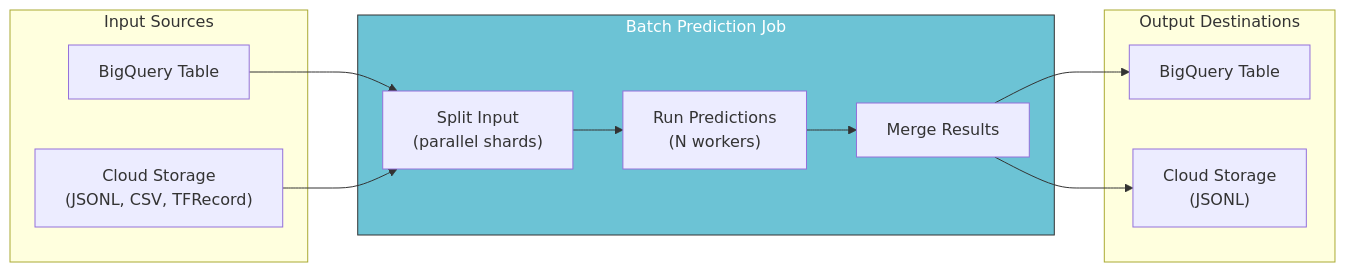
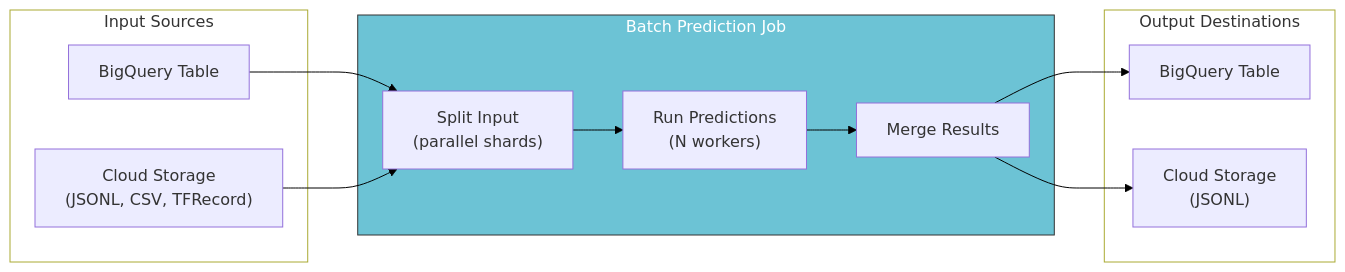
Before and after one commit to tanquangduong/tanquangduong.github.io: the fourth of 10 diagrams in posts/aiops-interview/MLOps-Interview-QA-3.qmd, drawn with Mermaid. The commit also changed other lines of this file and 204 other files, not shown here.

````diff
--- a/posts/aiops-interview/MLOps-Interview-QA-3.qmd
+++ b/posts/aiops-interview/MLOps-Interview-QA-3.qmd
@@ -367,26 +370,29 @@
 ```{mermaid}
 graph LR
+    linkStyle default stroke:#000,color:#000
     subgraph Input["Input Sources"]
         BQ_IN["BigQuery Table"]
         GCS_IN["Cloud Storage<br/>(JSONL, CSV, TFRecord)"]
     end
 
     subgraph BatchJob["Batch Prediction Job"]
         SPLIT["Split Input<br/>(parallel shards)"]
         PREDICT["Run Predictions<br/>(N workers)"]
         MERGE["Merge Results"]
     end
 
     subgraph Output["Output Destinations"]
         BQ_OUT["BigQuery Table"]
         GCS_OUT["Cloud Storage<br/>(JSONL)"]
     end
 
     BQ_IN --> SPLIT
     GCS_IN --> SPLIT
     SPLIT --> PREDICT --> MERGE
     MERGE --> BQ_OUT
     MERGE --> GCS_OUT
 
     style BatchJob fill:#6cc3d5,stroke:#333,color:#fff
+    style Input fill:#fff
+    style Output fill:#fff
 ```
````
